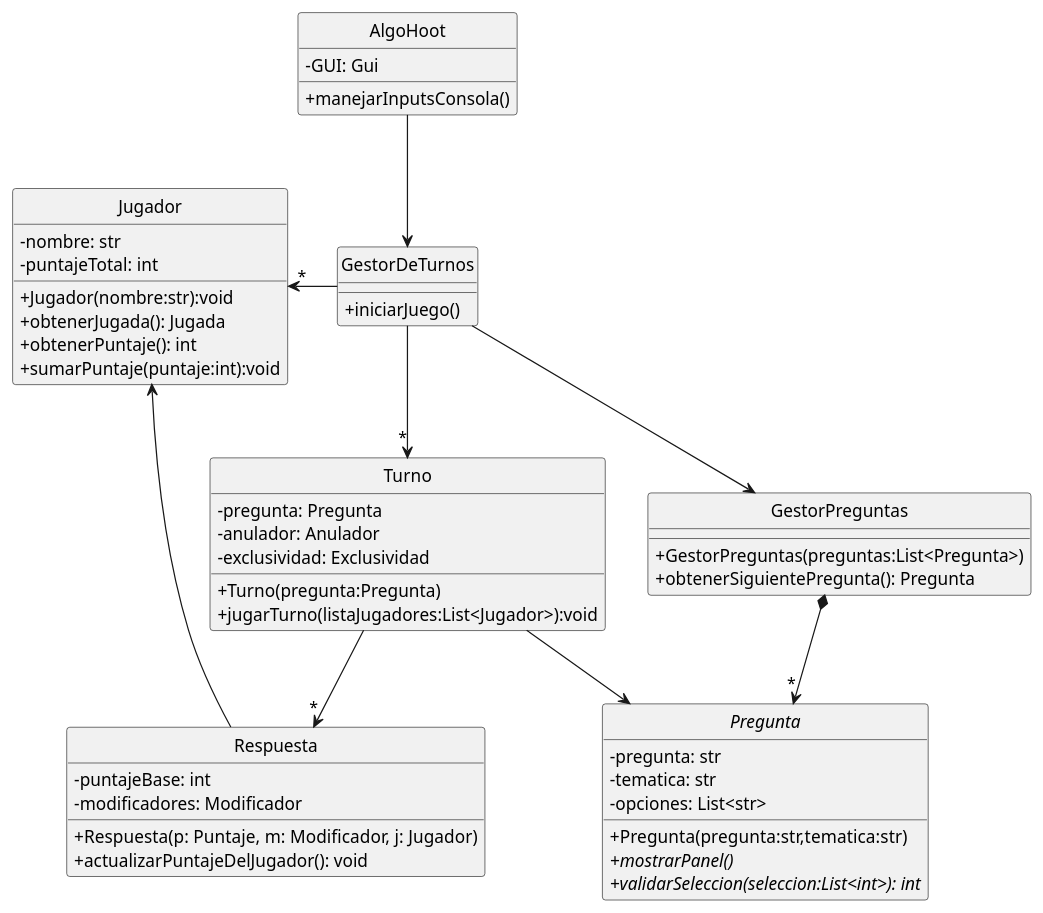
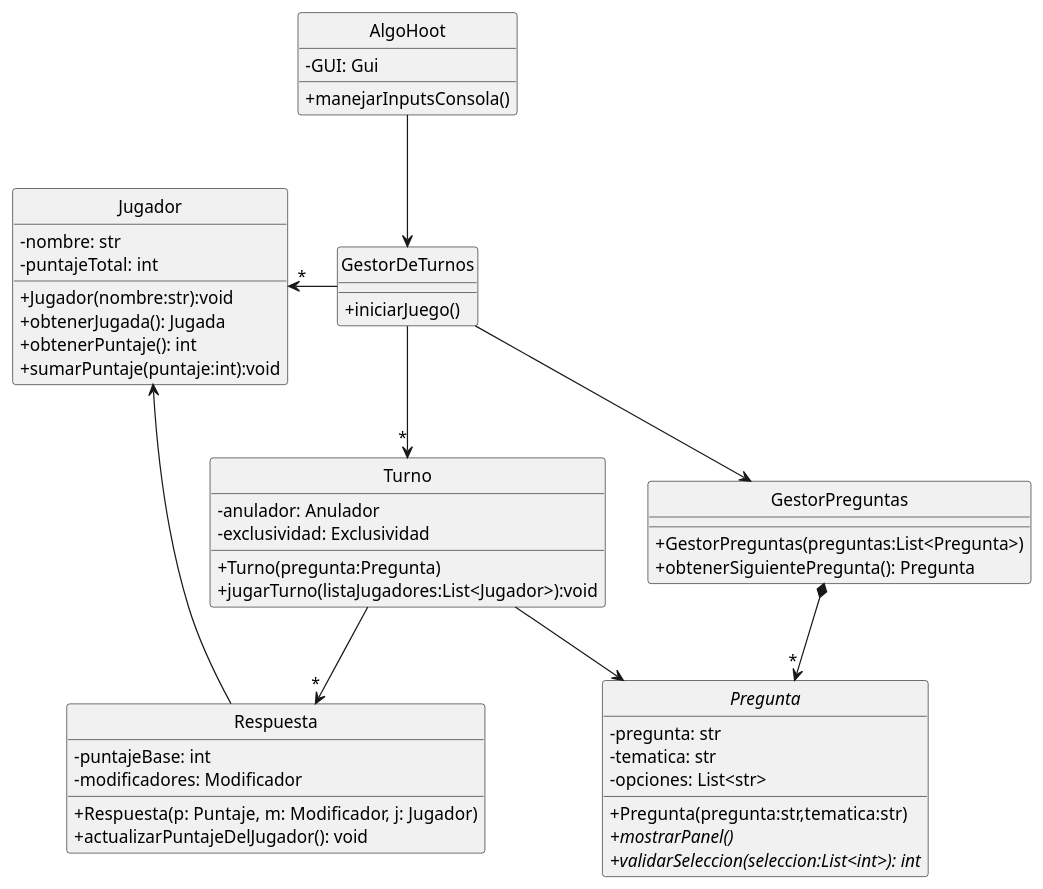
The diagram in diagrams/classes/clases2.plantuml (fiuba/algo3_proyecto_base_tp2), drawn with PlantUML before and after one commit.

Commit message:
eliminacion atributo pregunta dentro de turno

```diff
--- a/diagrams/classes/clases2.plantuml
+++ b/diagrams/classes/clases2.plantuml
@@ -1,63 +1,62 @@
 @startuml clasesGenerales
 
 skinparam monochrome true
 hide circle
 skinparam classAttributeIconSize 0
 
 Abstract Pregunta {
     - pregunta: str
     - tematica: str
     - opciones: List<str>
     + Pregunta(pregunta:str,tematica:str)
     + {abstract} mostrarPanel()
     + {abstract} validarSeleccion(seleccion:List<int>): int
 }
 
 class GestorDeTurnos {
     + iniciarJuego()
 }
 
 class Turno {
-    - pregunta: Pregunta
     - anulador: Anulador
     - exclusividad: Exclusividad
     + Turno(pregunta:Pregunta)
     + jugarTurno(listaJugadores:List<Jugador>):void
 }
 
 class GestorPreguntas {
     +GestorPreguntas(preguntas:List<Pregunta>)
     +obtenerSiguientePregunta(): Pregunta
 }
 
 class Jugador {
     - nombre: str
     - puntajeTotal: int
     + Jugador(nombre:str):void
     + obtenerJugada(): Jugada
     + obtenerPuntaje(): int
     + sumarPuntaje(puntaje:int):void
 }
 
 class Respuesta {
     - puntajeBase: int
     - modificadores: Modificador
     + Respuesta(p: Puntaje, m: Modificador, j: Jugador)
     + actualizarPuntajeDelJugador(): void
 }
 
 class AlgoHoot {
     - GUI: Gui
     + manejarInputsConsola()
 }
 
 Jugador "*" <- GestorDeTurnos
 GestorDeTurnos -down-> GestorPreguntas
 GestorDeTurnos -down-> "*" Turno
 GestorPreguntas *-->"*" Pregunta
 Turno --> Pregunta
 Turno --> "*" Respuesta
 Respuesta --> Jugador
 AlgoHoot --> GestorDeTurnos
 
 @enduml
```
